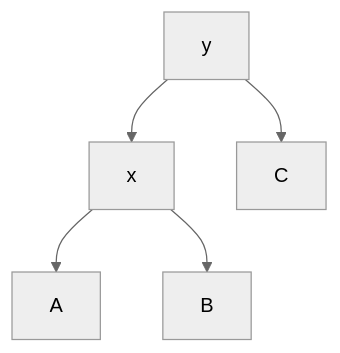
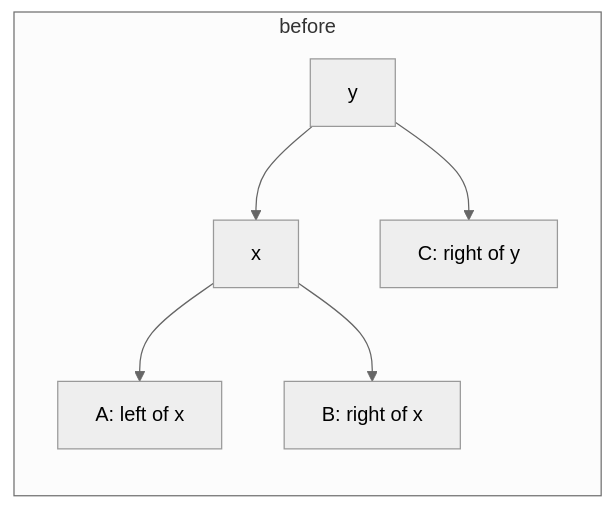
One commit to bkuberek/coding-study changed the third of 4 diagrams in guides/binary-search-trees/guide.md. Above: the diagram before and after it, drawn with Mermaid (neutral theme). The commit also changed other lines of this file and 27 other files, not shown here.

````diff
--- a/guides/binary-search-trees/guide.md
+++ b/guides/binary-search-trees/guide.md
@@ -284,9 +305,12 @@
 ```mermaid
-flowchart TD
+flowchart LR
   accTitle: Before a right rotation
   accDescr: y is the parent. Its left child is x, whose left and right subtrees are A and B. Its right subtree is C.
-  y["y"] --> x["x"]
-  y --> c["C"]
-  x --> a["A"]
-  x --> b["B"]
+  subgraph before["before"]
+    direction TB
+    y["y"] --> x["x"]
+    y --> c["C: right of y"]
+    x --> a["A: left of x"]
+    x --> b["B: right of x"]
+  end
 ```
````
